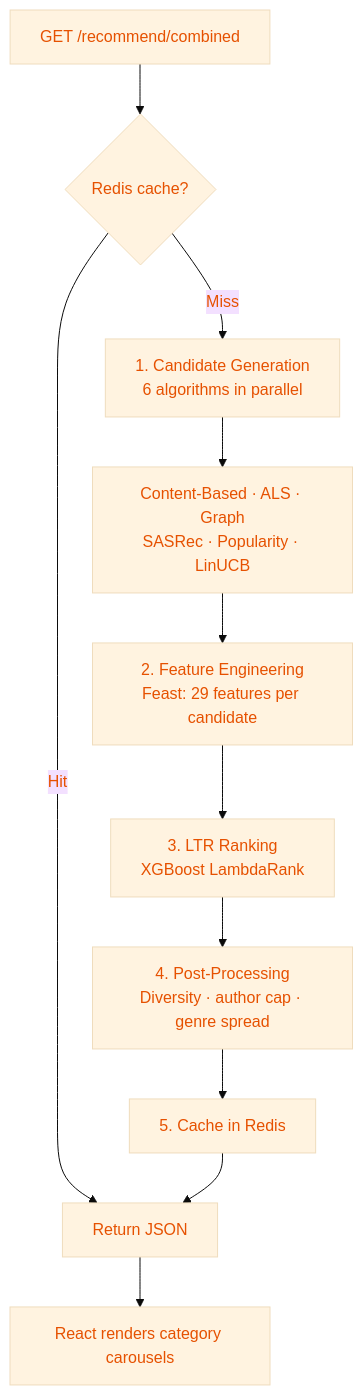
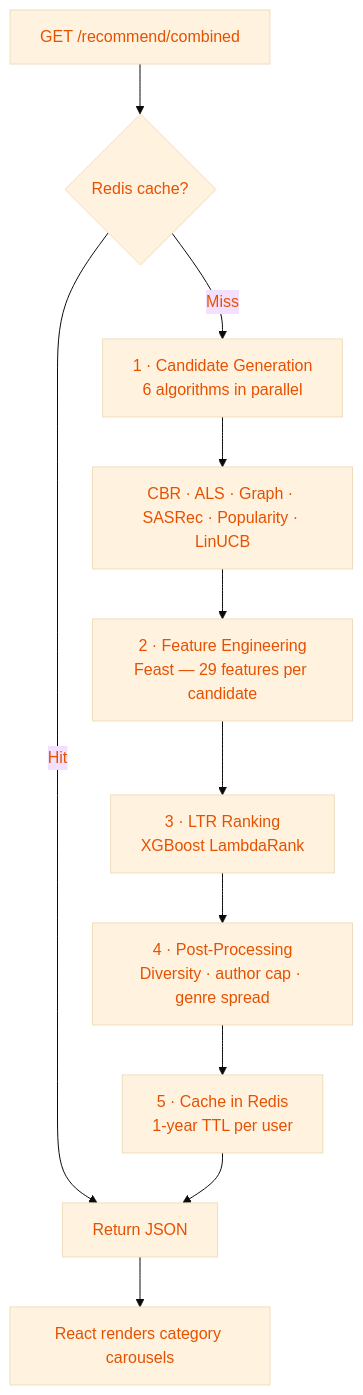
One commit to RAAHUL-tech/BibliophileAI changed the second of 2 diagrams in README.md. Above: the diagram before and after it, drawn with Mermaid. The commit also changed other lines of this file and 1 other file, not shown here.

````diff
--- a/README.md
+++ b/README.md
@@ -107,14 +104,13 @@
 ```mermaid
-%%{init: {'theme':'base', 'themeVariables': { 'primaryColor':'#FFF3E0', 'primaryTextColor':'#E65100' }}}%%
+%%{init: {'theme':'base', 'themeVariables': {'primaryColor':'#FFF3E0','primaryTextColor':'#E65100'}}}%%
 flowchart TB
     A[GET /recommend/combined] --> B{Redis cache?}
     B -->|Hit| N[Return JSON]
-    B -->|Miss| C[1. Candidate Generation\n6 algorithms in parallel]
-    C --> D[Content-Based · ALS · Graph\nSASRec · Popularity · LinUCB]
-    D --> E[2. Feature Engineering\nFeast: 29 features per candidate]
-    E --> F[3. LTR Ranking\nXGBoost LambdaRank]
-    F --> G[4. Post-Processing\nDiversity · author cap · genre spread]
-    G --> H[5. Cache in Redis]
-    H --> N
-    N --> O[React renders category carousels]
+    B -->|Miss| C[1 · Candidate Generation\n6 algorithms in parallel]
+    C --> D[CBR · ALS · Graph · SASRec · Popularity · LinUCB]
+    D --> E[2 · Feature Engineering\nFeast — 29 features per candidate]
+    E --> F[3 · LTR Ranking\nXGBoost LambdaRank]
+    F --> G[4 · Post-Processing\nDiversity · author cap · genre spread]
+    G --> H[5 · Cache in Redis\n1-year TTL per user]
+    H --> N --> O[React renders category carousels]
 ```
````
